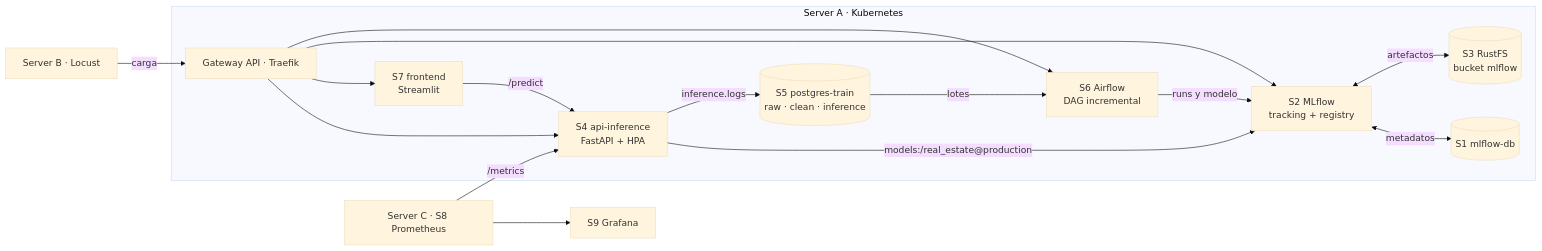
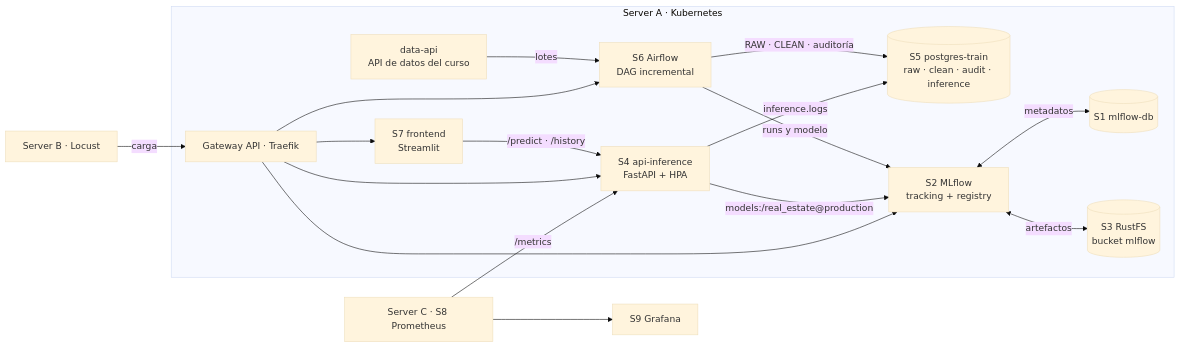
The first of 2 diagrams in README.md (aristotekean/mlops-real-state-pricing), drawn with Mermaid (base theme) before and after one commit. The commit also changed other lines of this file, not shown here.

````diff
--- a/README.md
+++ b/README.md
@@ -66,16 +67,17 @@
 ```mermaid
 flowchart LR
     subgraph A["Server A · Kubernetes"]
-        s5[("S5 postgres-train<br/>raw · clean · inference")] -->|lotes| s6["S6 Airflow<br/>DAG incremental"]
+        dapi["data-api<br/>API de datos del curso"] -->|lotes| s6["S6 Airflow<br/>DAG incremental"]
+        s6 -->|"RAW · CLEAN · auditoría"| s5[("S5 postgres-train<br/>raw · clean · audit · inference")]
         s6 -->|runs y modelo| s2["S2 MLflow<br/>tracking + registry"]
         s2 <-->|metadatos| s1[("S1 mlflow-db")]
         s2 <-->|artefactos| s3[("S3 RustFS<br/>bucket mlflow")]
         s4["S4 api-inference<br/>FastAPI + HPA"] -->|"models:/real_estate@production"| s2
         s4 -->|inference.logs| s5
-        s7["S7 frontend<br/>Streamlit"] -->|/predict| s4
+        s7["S7 frontend<br/>Streamlit"] -->|"/predict · /history"| s4
         ing["Gateway API · Traefik"] --> s4 & s7 & s2 & s6
     end
     b["Server B · Locust"] -->|carga| ing
     s8["Server C · S8 Prometheus"] -->|/metrics| s4
     s8 --> s9["S9 Grafana"]
 ```
````
